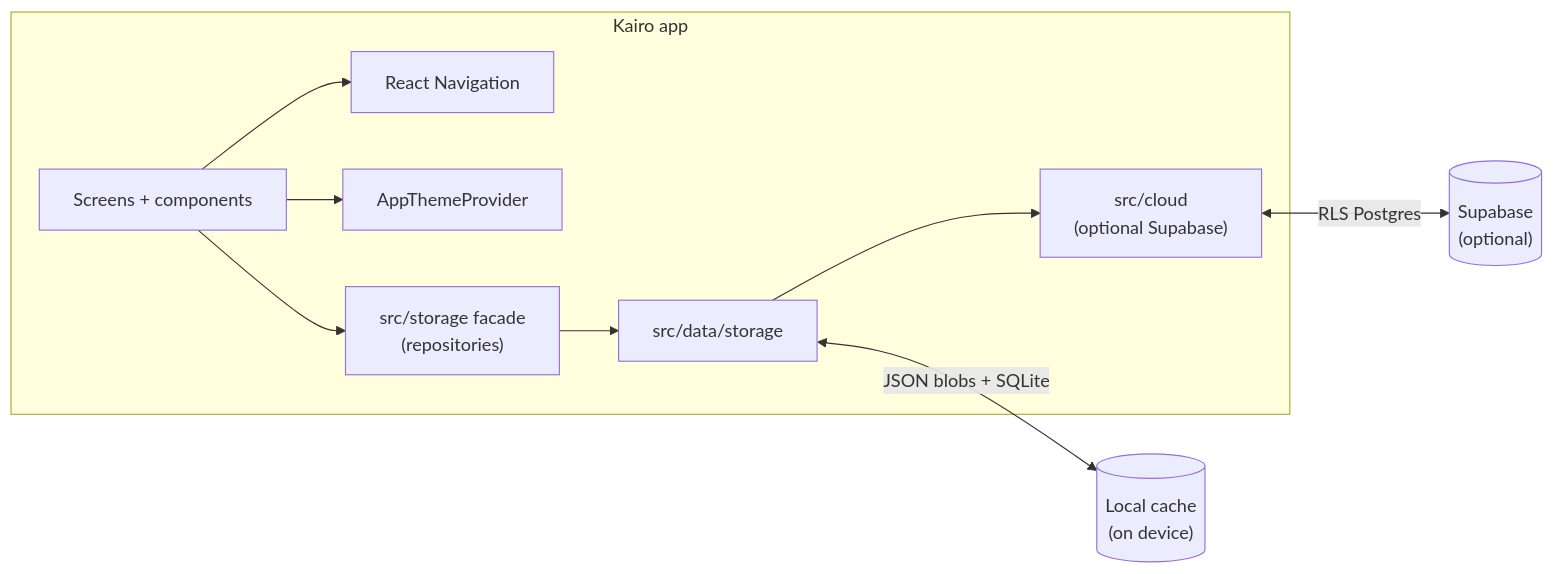
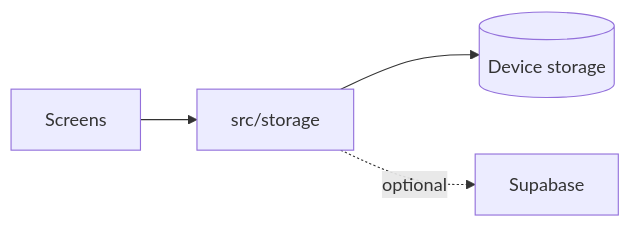
One commit to maxiguillermo1/moodly changed the diagram in README.md. Above: the diagram before and after it, drawn with Mermaid. The commit also changed other lines of this file and 12 other files, not shown here.

````diff
--- a/README.md
+++ b/README.md
@@ -114,19 +42,6 @@
 ```mermaid
 flowchart LR
-  subgraph Client["Kairo app"]
-    UI["Screens + components"]
-    Nav["React Navigation"]
-    Theme["AppThemeProvider"]
-    Facade["src/storage facade\n(repositories)"]
-    Impl["src/data/storage"]
-    Cloud["src/cloud\n(optional Supabase)"]
-  end
-
-  UI --> Nav
-  UI --> Theme
-  UI --> Facade
-  Facade --> Impl
-  Impl <-->|"JSON blobs + SQLite"| Local[("Local cache\n(on device)")]
-  Impl --> Cloud
-  Cloud <-->|"RLS Postgres"| SB[("Supabase\n(optional)")]
+  UI["Screens"] --> Storage["src/storage"]
+  Storage --> Local[("Device storage")]
+  Storage -.->|"optional"| Cloud["Supabase"]
 ```
````
